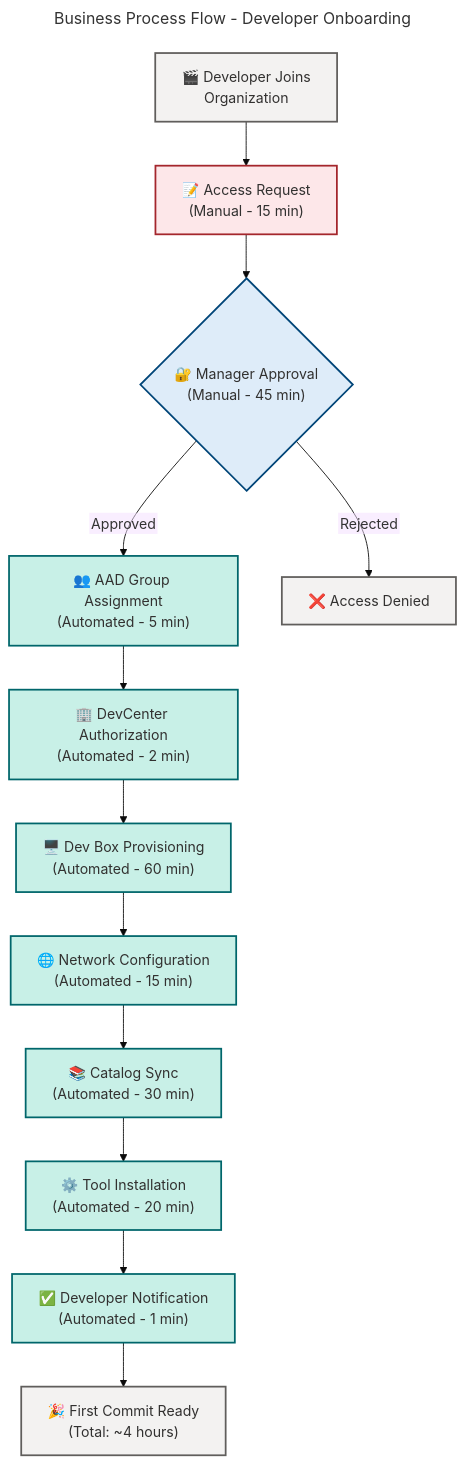
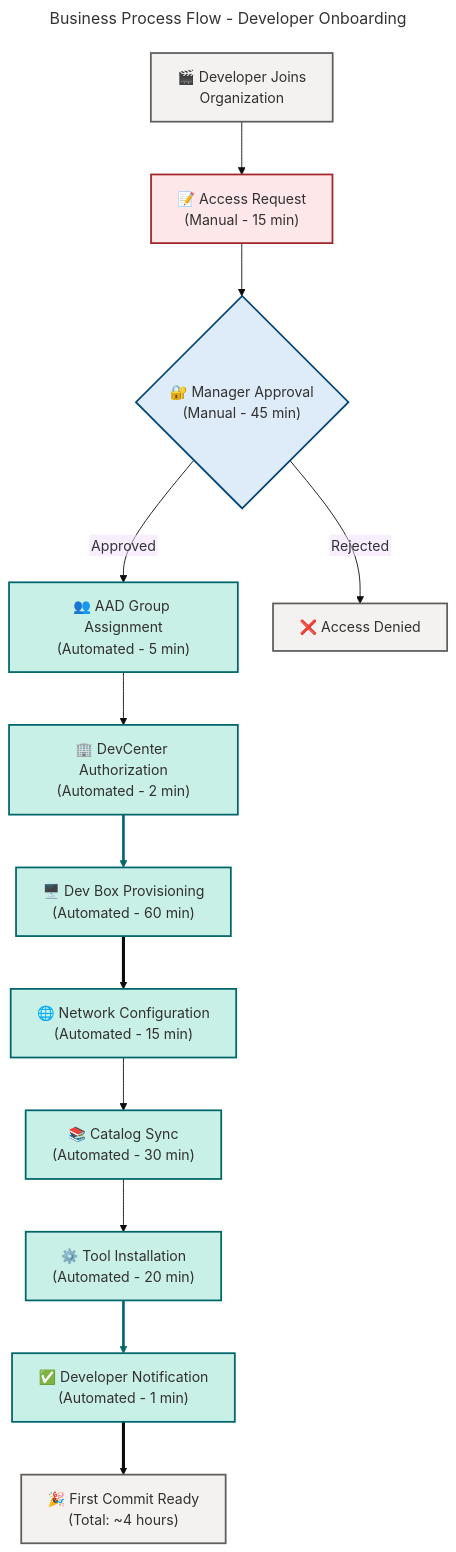
Before and after one commit to Evilazaro/DevExp-DevBox: the second of 4 diagrams in docs/architecture/Business-Architecture.md, drawn with Mermaid. The commit also changed other lines of this file, not shown here.

Commit message:
feat: enhance Mermaid diagrams with advanced edge animations and styling for critical paths

```diff
--- a/docs/architecture/Business-Architecture.md
+++ b/docs/architecture/Business-Architecture.md
@@ -619,6 +626,9 @@
     fontSize: '16px'
   flowchart:
     htmlLabels: false
+    curve: basis
+    nodeSpacing: 40
+    rankSpacing: 60
 ---
 flowchart TB
     accTitle: Business Process Flow - Developer Onboarding
@@ -656,7 +666,7 @@
     STEP3 --> STEP4
 
     STEP4["🖥️ Dev Box Provisioning<br/>(Automated - 60 min)"]:::automated
-    STEP4 --> STEP5
+    STEP4 e3@==> STEP5
 
     STEP5["🌐 Network Configuration<br/>(Automated - 15 min)"]:::automated
     STEP5 --> STEP6
@@ -668,7 +678,11 @@
     STEP7 --> STEP8
 
     STEP8["✅ Developer Notification<br/>(Automated - 1 min)"]:::automated
-    STEP8 --> END_SUCCESS
+    STEP8 e4@==> END_SUCCESS
+
+    %% Edge styling for critical path (P3 feature)
+    linkStyle 5 stroke:#00666B,stroke-width:3px
+    linkStyle 9 stroke:#00666B,stroke-width:3px
 
     END_SUCCESS["🎉 First Commit Ready<br/>(Total: ~4 hours)"]:::neutral
 
```
